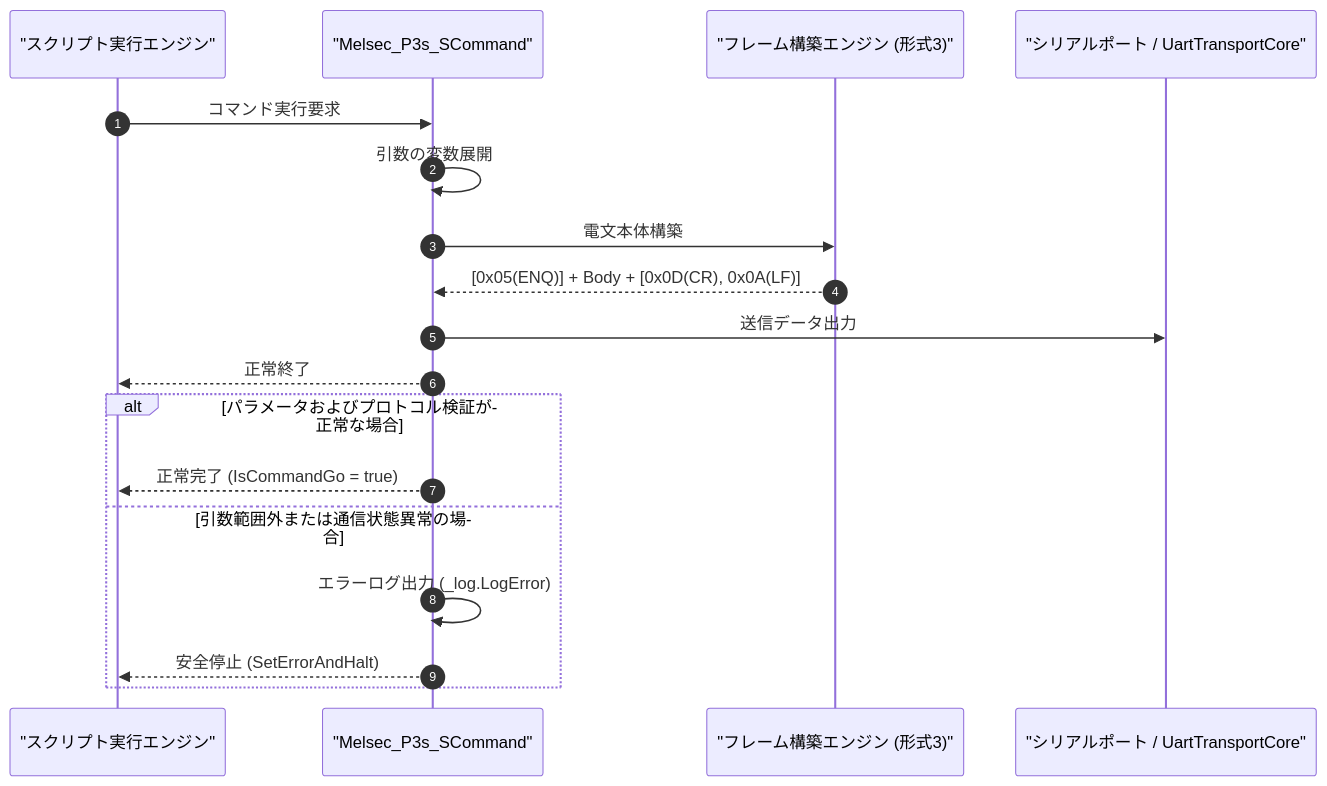
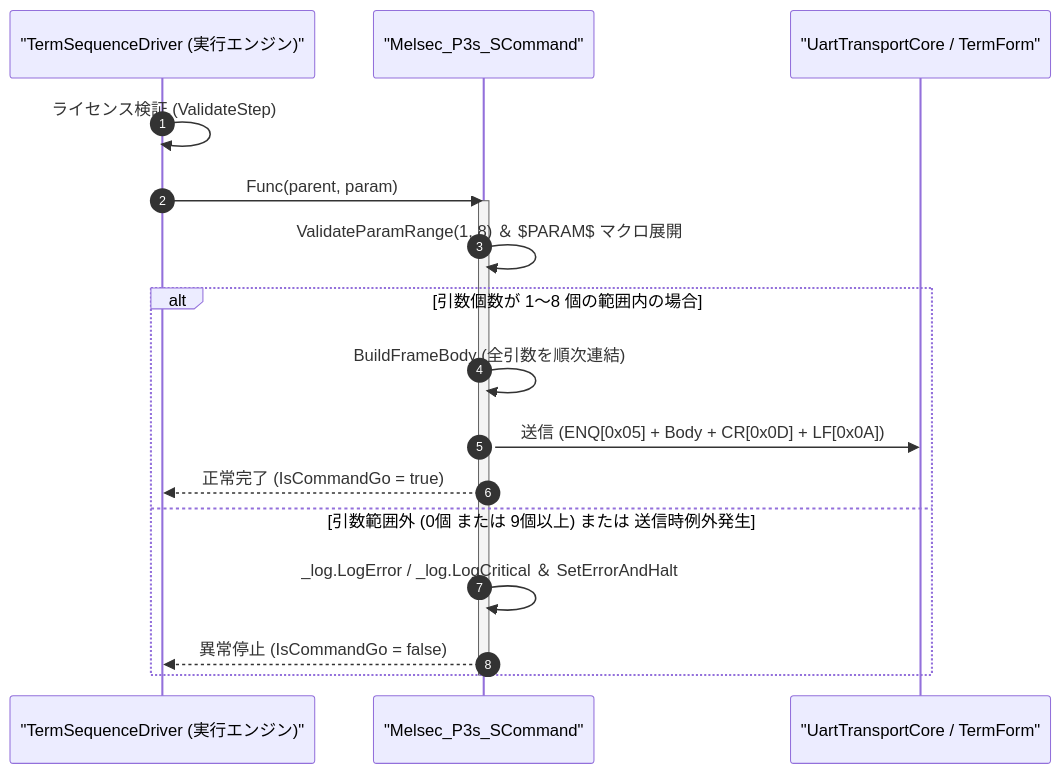
Before and after one commit to Monaca-App/TermAddIn: the diagram in Manual/Melco/Melsec_P3s_S.Md, drawn with Mermaid. The commit also changed other lines of this file and 157 other files, not shown here.

````diff
--- a/Manual/Melco/Melsec_P3s_S.Md
+++ b/Manual/Melco/Melsec_P3s_S.Md
@@ -66,21 +74,21 @@
 ```mermaid
 sequenceDiagram
     autonumber
-    participant Script as "スクリプト実行エンジン"
+    participant Driver as "TermSequenceDriver (実行エンジン)"
     participant Cmd as "Melsec_P3s_SCommand"
-    participant Framing as "フレーム構築エンジン (形式3)"
-    participant Port as "シリアルポート / UartTransportCore"
+    participant Port as "UartTransportCore / TermForm"
 
-    Script->>Cmd: コマンド実行要求
-    Cmd->>Cmd: 引数の変数展開
-    Cmd->>Framing: 電文本体構築
-    Framing-->>Cmd: [0x05(ENQ)] + Body + [0x0D(CR), 0x0A(LF)]
-    Cmd->>Port: 送信データ出力
-    Cmd-->>Script: 正常終了
-    alt パラメータおよびプロトコル検証が正常な場合
-        Cmd-->>Script: 正常完了 (IsCommandGo = true)
-    else 引数範囲外または通信状態異常の場合
-        Cmd->>Cmd: エラーログ出力 (_log.LogError)
-        Cmd-->>Script: 安全停止 (SetErrorAndHalt)
+    Driver->>Driver: ライセンス検証 (ValidateStep)
+    Driver->>Cmd: Func(parent, param)
+    activate Cmd
+    Cmd->>Cmd: ValidateParamRange(1, 8) ＆ $PARAM$ マクロ展開
+    alt 引数個数が 1〜8 個の範囲内の場合
+        Cmd->>Cmd: BuildFrameBody (全引数を順次連結)
+        Cmd->>Port: 送信 (ENQ[0x05] + Body + CR[0x0D] + LF[0x0A])
+        Cmd-->>Driver: 正常完了 (IsCommandGo = true)
+    else 引数範囲外 (0個 または 9個以上) または 送信時例外発生
+        Cmd->>Cmd: _log.LogError / _log.LogCritical ＆ SetErrorAndHalt
+        Cmd-->>Driver: 異常停止 (IsCommandGo = false)
     end
+    deactivate Cmd
 ```
````
